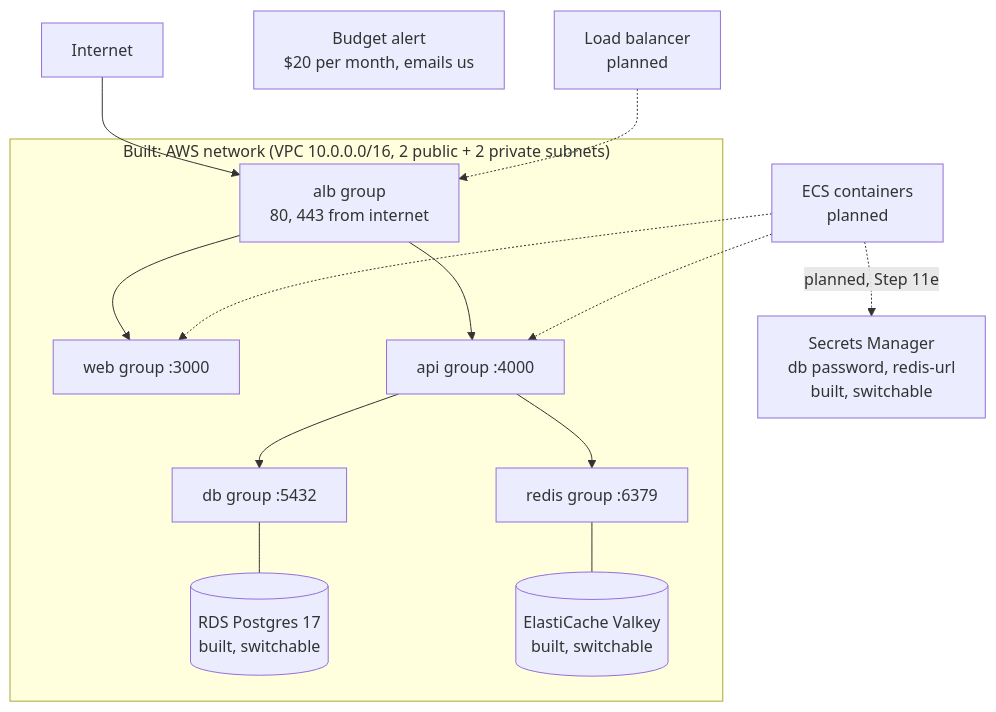
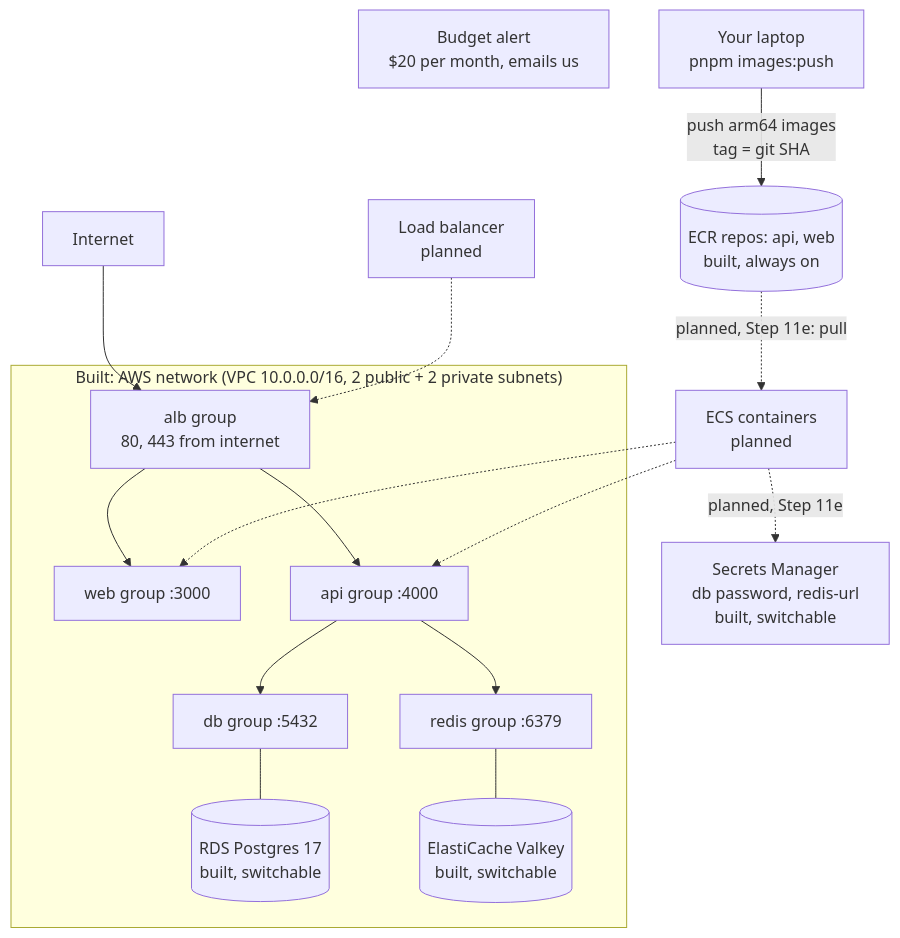
One commit to maheshnd/minitickets changed the second of 3 diagrams in docs/00-architecture.md. Above: the diagram before and after it, drawn with Mermaid. The commit also changed other lines of this file and 9 other files, not shown here.

Commit message:
infra: ecr + push images (same-origin web build)

````diff
--- a/docs/00-architecture.md
+++ b/docs/00-architecture.md
@@ -25,28 +25,32 @@
 ```mermaid
 flowchart TB
     internet["Internet"]
     budget["Budget alert<br/>$20 per month, emails us"]
     sm["Secrets Manager<br/>db password, redis-url<br/>built, switchable"]
     subgraph vpc["Built: AWS network (VPC 10.0.0.0/16, 2 public + 2 private subnets)"]
         albsg["alb group<br/>80, 443 from internet"]
         websg["web group :3000"]
         apisg["api group :4000"]
         dbsg["db group :5432"]
         redissg["redis group :6379"]
         rds[("RDS Postgres 17<br/>built, switchable")]
         cache[("ElastiCache Valkey<br/>built, switchable")]
     end
+    ecr[("ECR repos: api, web<br/>built, always on")]
+    laptop["Your laptop<br/>pnpm images:push"]
     alb["Load balancer<br/>planned"]
     ecs["ECS containers<br/>planned"]
+    laptop -->|"push arm64 images<br/>tag = git SHA"| ecr
+    ecr -.->|"planned, Step 11e: pull"| ecs
     internet --> albsg
     albsg --> websg
     albsg --> apisg
     apisg --> dbsg
     apisg --> redissg
     dbsg --- rds
     redissg --- cache
     alb -.-> albsg
     ecs -.-> websg
     ecs -.-> apisg
     ecs -.->|"planned, Step 11e"| sm
 ```
````
